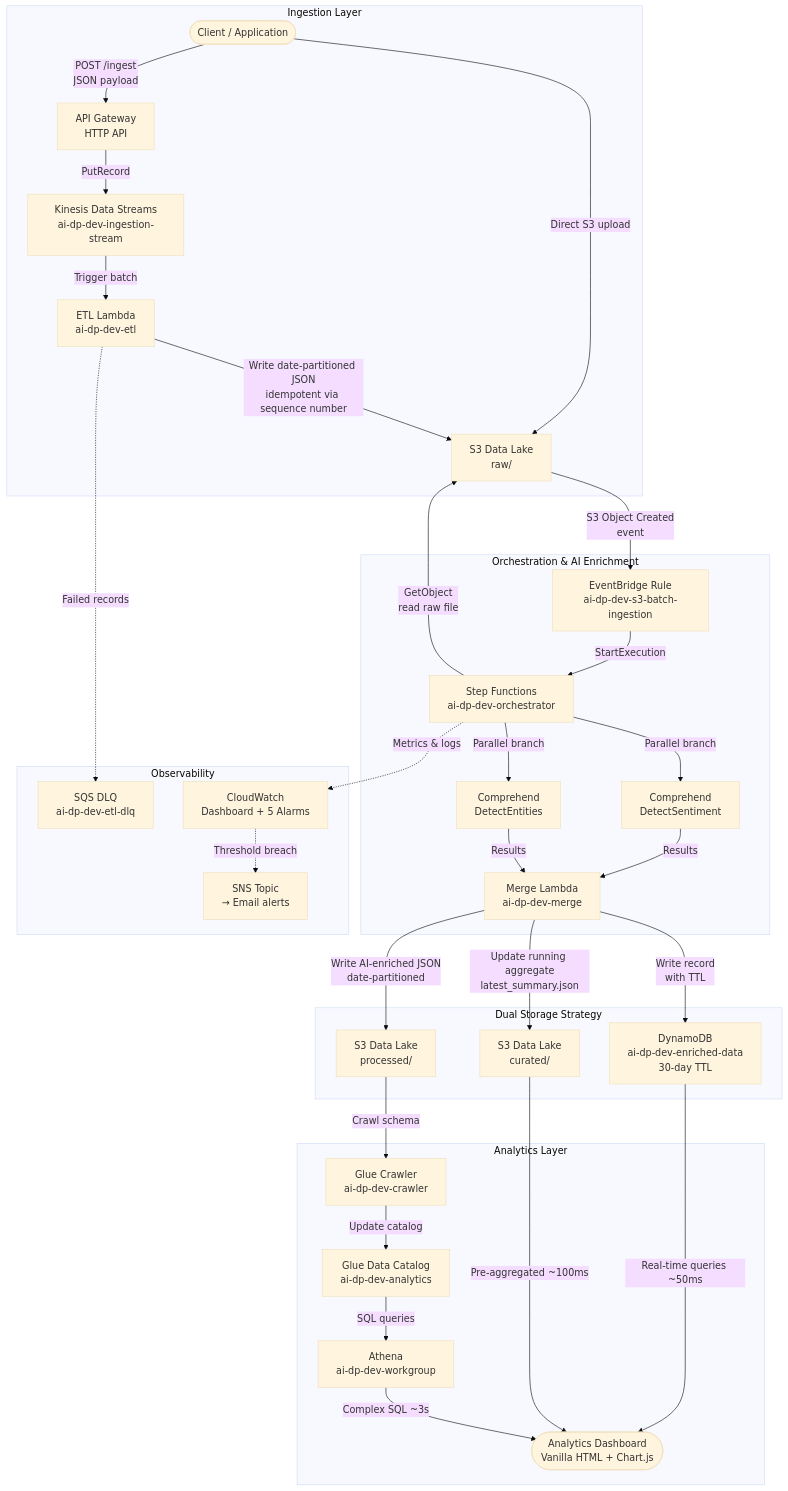
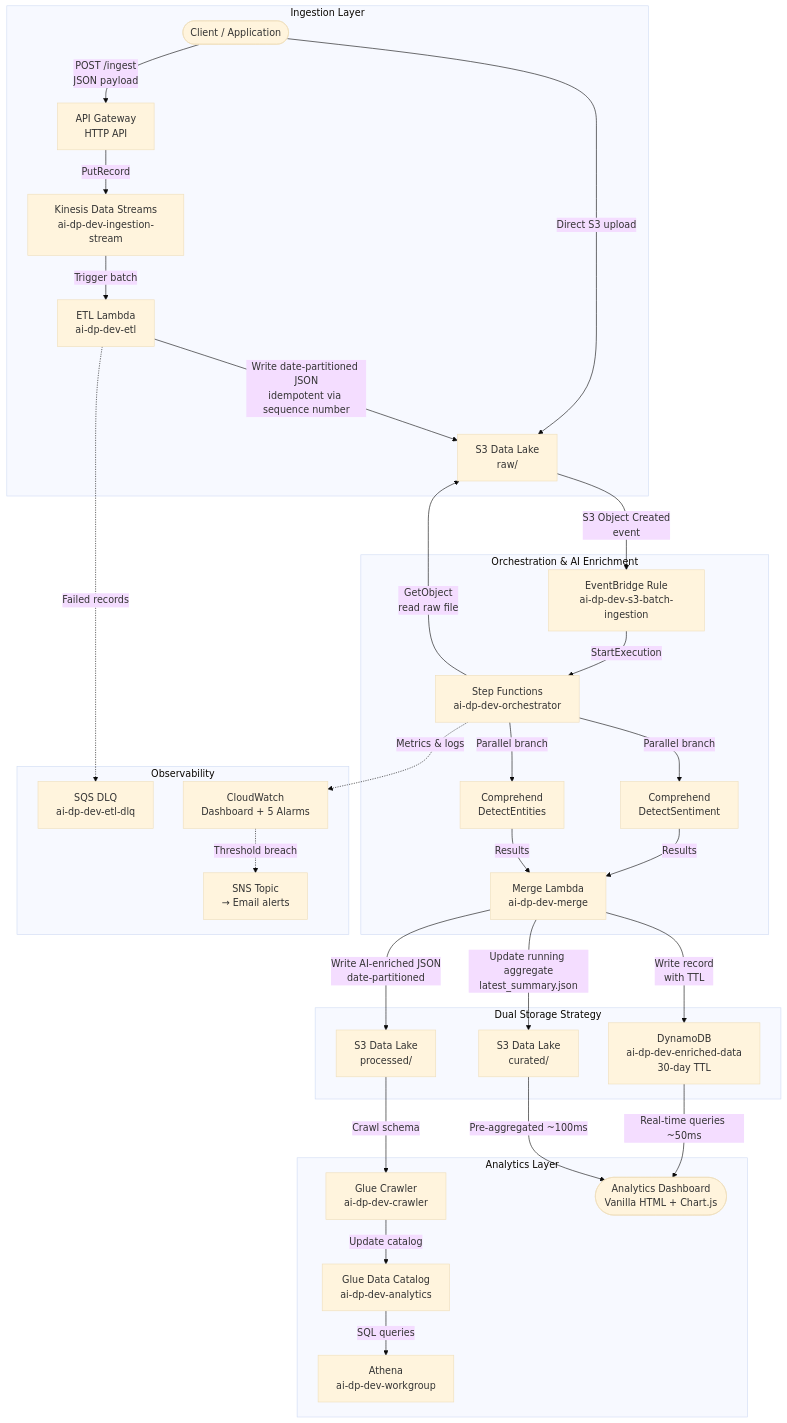
One commit to CloudMikey/ai-dp changed the first of 6 diagrams in docs/architecture.md. Above: the diagram before and after it, drawn with Mermaid (base theme). The commit also changed other lines of this file and 8 other files, not shown here.

First line of the commit message:
Correct architecture, CI/CD, and module docs; drop scripted interview answers

````diff
--- a/docs/architecture.md
+++ b/docs/architecture.md
@@ -24,66 +24,65 @@
 ```mermaid
 flowchart TD
     subgraph Ingestion["Ingestion Layer"]
         Client(["Client / Application"])
         APIGW["API Gateway\nHTTP API"]
         Kinesis["Kinesis Data Streams\nai-dp-dev-ingestion-stream"]
         ETL["ETL Lambda\nai-dp-dev-etl"]
         S3Raw["S3 Data Lake\nraw/"]
 
         Client -->|"POST /ingest\nJSON payload"| APIGW
         Client -->|"Direct S3 upload"| S3Raw
         APIGW -->|"PutRecord"| Kinesis
         Kinesis -->|"Trigger batch"| ETL
         ETL -->|"Write date-partitioned JSON\nidempotent via sequence number"| S3Raw
     end
 
     subgraph Enrichment["Orchestration & AI Enrichment"]
         EB["EventBridge Rule\nai-dp-dev-s3-batch-ingestion"]
         SF["Step Functions\nai-dp-dev-orchestrator"]
         Sentiment["Comprehend\nDetectSentiment"]
         Entities["Comprehend\nDetectEntities"]
         Merge["Merge Lambda\nai-dp-dev-merge"]
 
         S3Raw -->|"S3 Object Created\nevent"| EB
         EB -->|"StartExecution"| SF
         SF -->|"GetObject\nread raw file"| S3Raw
         SF -->|"Parallel branch"| Sentiment
         SF -->|"Parallel branch"| Entities
         Sentiment -->|"Results"| Merge
         Entities -->|"Results"| Merge
     end
 
     subgraph Storage["Dual Storage Strategy"]
         S3Processed["S3 Data Lake\nprocessed/"]
         S3Curated["S3 Data Lake\ncurated/"]
         DynamoDB["DynamoDB\nai-dp-dev-enriched-data\n30-day TTL"]
 
         Merge -->|"Write AI-enriched JSON\ndate-partitioned"| S3Processed
         Merge -->|"Write record\nwith TTL"| DynamoDB
         Merge -->|"Update running aggregate\nlatest_summary.json"| S3Curated
     end
 
     subgraph Analytics["Analytics Layer"]
         Glue["Glue Crawler\nai-dp-dev-crawler"]
         Catalog["Glue Data Catalog\nai-dp-dev-analytics"]
         Athena["Athena\nai-dp-dev-workgroup"]
         Dashboard(["Analytics Dashboard\nVanilla HTML + Chart.js"])
 
         S3Processed -->|"Crawl schema"| Glue
         Glue -->|"Update catalog"| Catalog
         Catalog -->|"SQL queries"| Athena
         DynamoDB -->|"Real-time queries ~50ms"| Dashboard
         S3Curated -->|"Pre-aggregated ~100ms"| Dashboard
-        Athena -->|"Complex SQL ~3s"| Dashboard
     end
 
     subgraph Observability["Observability"]
         ETLDLQ["SQS DLQ\nai-dp-dev-etl-dlq"]
         CW["CloudWatch\nDashboard + 5 Alarms"]
         SNS["SNS Topic\n→ Email alerts"]
 
         ETL -.->|"Failed records"| ETLDLQ
         SF -.->|"Metrics & logs"| CW
         CW -.->|"Threshold breach"| SNS
     end
 ```
````
